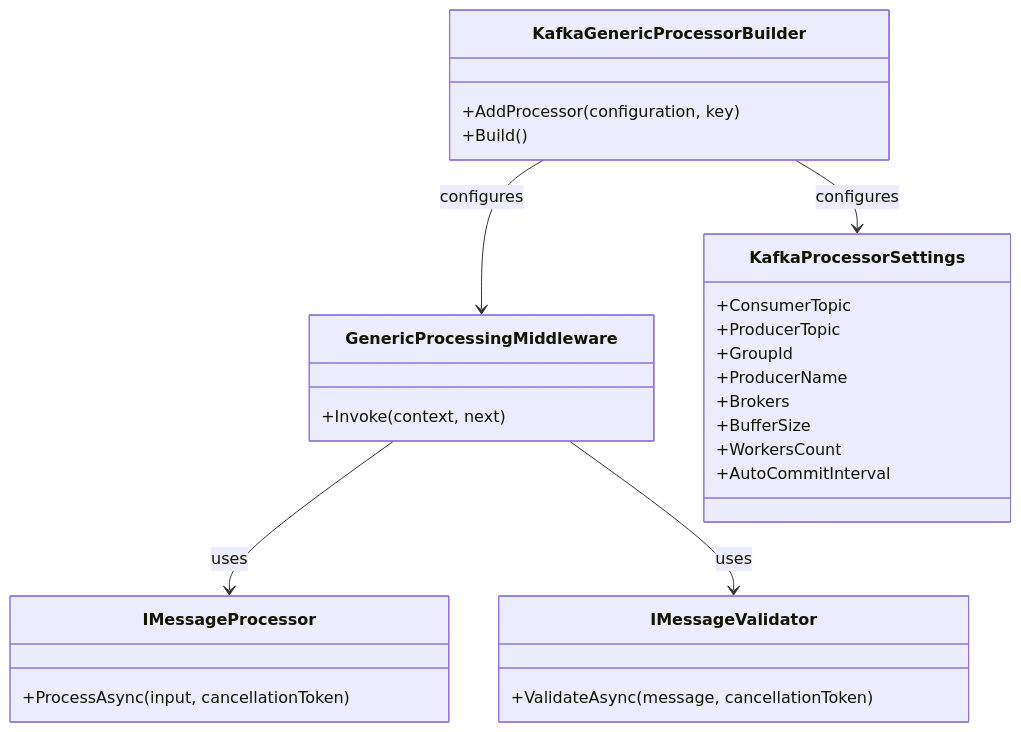
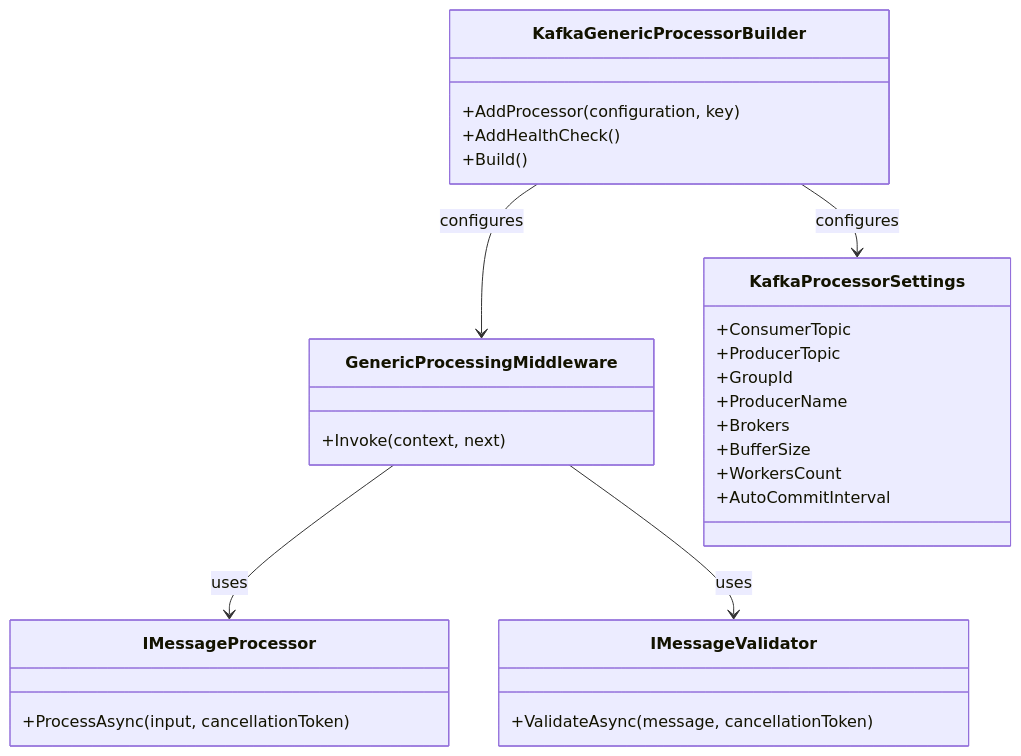
The second of 4 diagrams in README.md (dorlugasigal/KafkaGenericProcessor.Core), drawn with Mermaid before and after one commit. The commit also changed other lines of this file and 9 other files, not shown here.

Commit message:
refactor: Update Kafka configuration and health check integration for improved clarity and maintainability

````diff
--- a/README.md
+++ b/README.md
@@ -65,35 +69,36 @@
 ```mermaid
 classDiagram
     class KafkaGenericProcessorBuilder {
         +AddProcessor<TInput, TOutput>(configuration, key)
+        +AddHealthCheck()
         +Build()
     }
     
     class GenericProcessingMiddleware {
         +Invoke(context, next)
     }
     
     class IMessageProcessor {
         +ProcessAsync(input, cancellationToken)
     }
     
     class IMessageValidator {
         +ValidateAsync(message, cancellationToken)
     }
     
     class KafkaProcessorSettings {
         +ConsumerTopic
         +ProducerTopic
         +GroupId
         +ProducerName
         +Brokers
         +BufferSize
         +WorkersCount
         +AutoCommitInterval
     }
     
     KafkaGenericProcessorBuilder --> GenericProcessingMiddleware: configures
     GenericProcessingMiddleware --> IMessageProcessor: uses
     GenericProcessingMiddleware --> IMessageValidator: uses
     KafkaGenericProcessorBuilder --> KafkaProcessorSettings: configures
 ```
````
